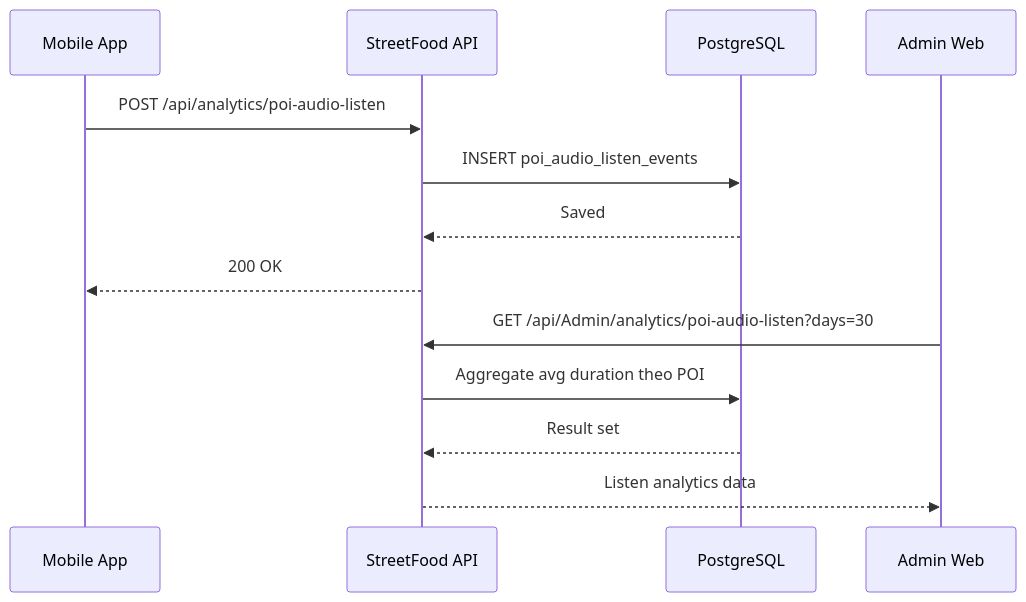
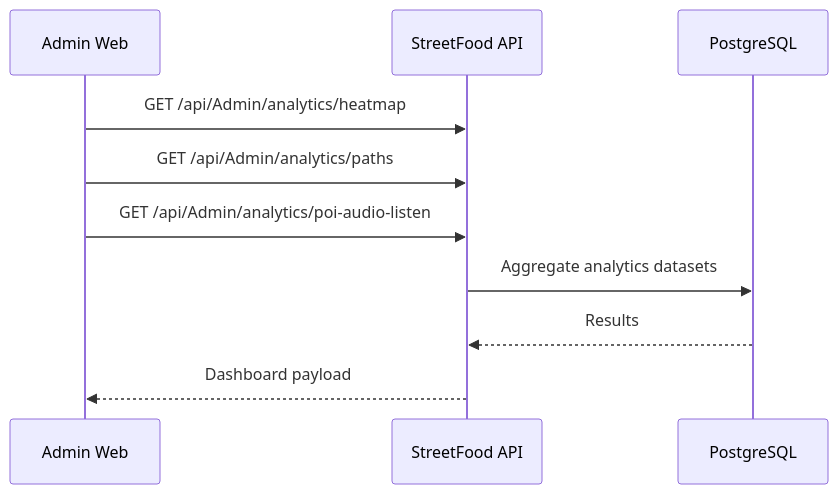
Diagram 22 of 46 in prd.md (NguyenPhuc-Du/StreetFood), drawn with Mermaid before and after one commit. The commit also changed other lines of this file and 1 other file, not shown here.

````diff
--- a/prd.md
+++ b/prd.md
@@ -977,17 +975,12 @@
 ```mermaid
 sequenceDiagram
-    participant M as Mobile App
+    participant A as Admin Web
     participant API as StreetFood API
     participant DB as PostgreSQL
-    participant A as Admin Web
-
-    M->>API: POST /api/analytics/poi-audio-listen
-    API->>DB: INSERT poi_audio_listen_events
-    DB-->>API: Saved
-    API-->>M: 200 OK
-
-    A->>API: GET /api/Admin/analytics/poi-audio-listen?days=30
-    API->>DB: Aggregate avg duration theo POI
-    DB-->>API: Result set
-    API-->>A: Listen analytics data
+    A->>API: GET /api/Admin/analytics/heatmap
+    A->>API: GET /api/Admin/analytics/paths
+    A->>API: GET /api/Admin/analytics/poi-audio-listen
+    API->>DB: Aggregate analytics datasets
+    DB-->>API: Results
+    API-->>A: Dashboard payload
 ```
````
